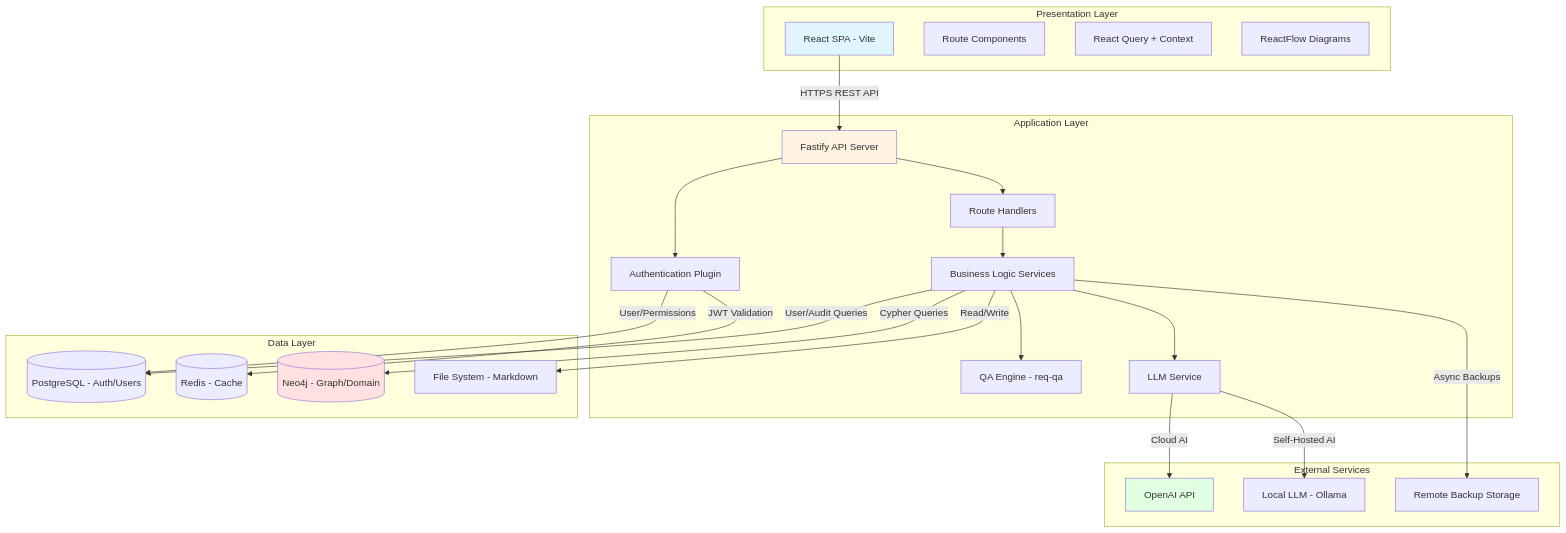
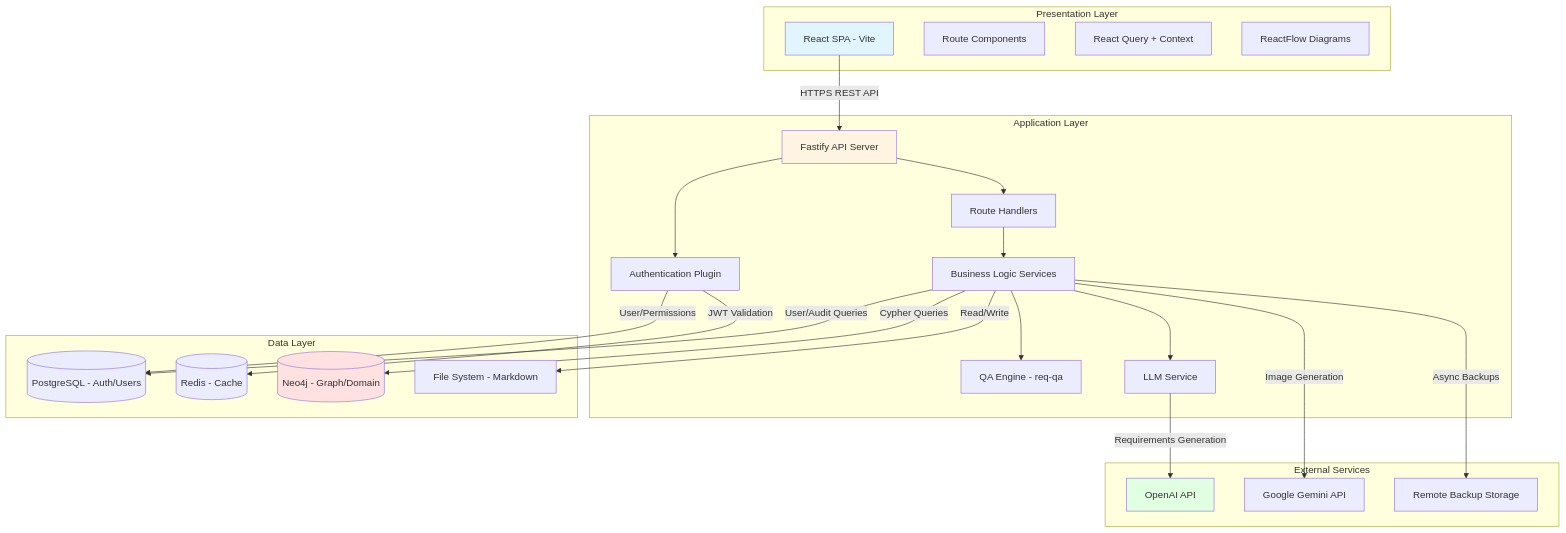
Before and after one commit to Hollando78/airgen: the first of 9 diagrams in DESIGN_DESCRIPTION.md, drawn with Mermaid. The commit also changed other lines of this file, not shown here.

First line of the commit message:
docs: fix AI providers - add Imagine/Gemini, remove Ollama hype

````diff
--- a/DESIGN_DESCRIPTION.md
+++ b/DESIGN_DESCRIPTION.md
@@ -49,51 +49,51 @@
 ```mermaid
 graph TB
     subgraph "Presentation Layer"
         UI[React SPA - Vite]
         Routes[Route Components]
         State[React Query + Context]
         Canvas[ReactFlow Diagrams]
     end
 
     subgraph "Application Layer"
         API[Fastify API Server]
         Auth[Authentication Plugin]
         Routes_API[Route Handlers]
         Services[Business Logic Services]
         QA[QA Engine - req-qa]
         LLM[LLM Service]
     end
 
     subgraph "Data Layer"
         Postgres[(PostgreSQL - Auth/Users)]
         Neo4j[(Neo4j - Graph/Domain)]
         FS[File System - Markdown]
         Redis[(Redis - Cache)]
     end
 
     subgraph "External Services"
         OpenAI[OpenAI API]
-        Local[Local LLM - Ollama]
+        Gemini[Google Gemini API]
         Backup[Remote Backup Storage]
     end
 
     UI -->|HTTPS REST API| API
     API --> Auth
     Auth -->|User/Permissions| Postgres
     Auth -->|JWT Validation| Redis
     API --> Routes_API
     Routes_API --> Services
     Services -->|User/Audit Queries| Postgres
     Services -->|Cypher Queries| Neo4j
     Services -->|Read/Write| FS
     Services --> QA
     Services --> LLM
-    LLM -->|Cloud AI| OpenAI
-    LLM -->|Self-Hosted AI| Local
+    LLM -->|Requirements Generation| OpenAI
+    Services -->|Image Generation| Gemini
     Services -->|Async Backups| Backup
 
     style UI fill:#e1f5ff
     style API fill:#fff4e1
     style Neo4j fill:#ffe1e1
     style OpenAI fill:#e1ffe1
 ```
````
